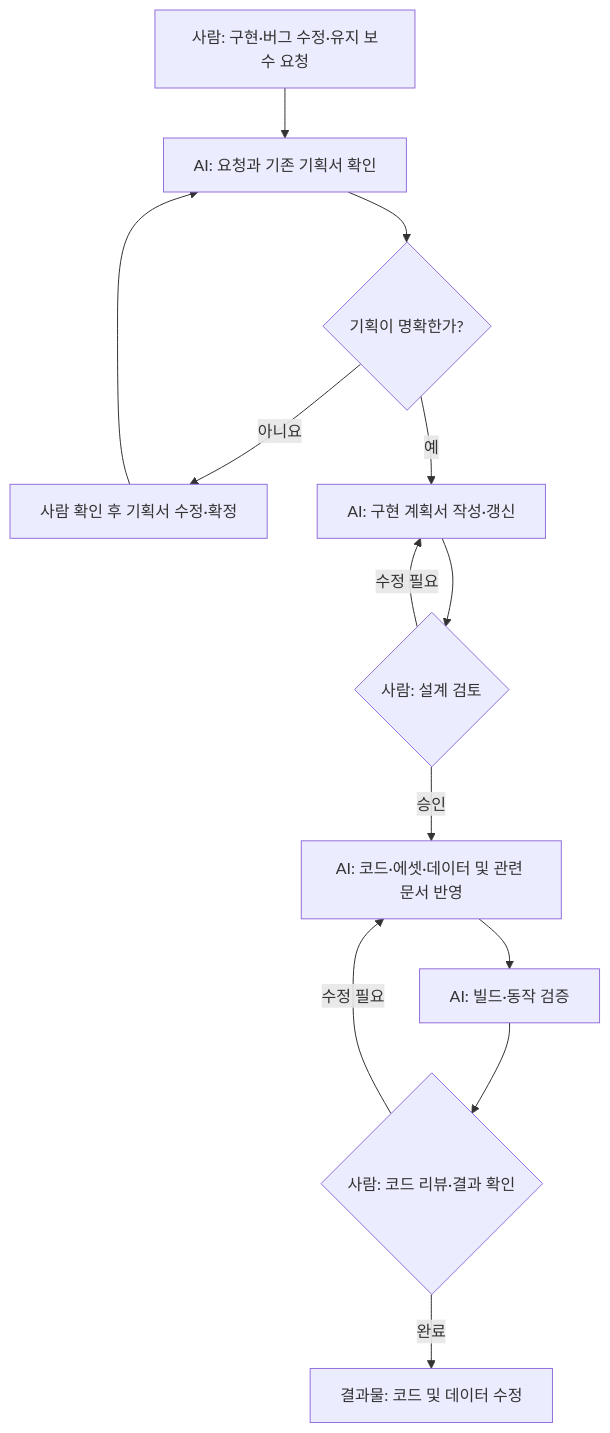
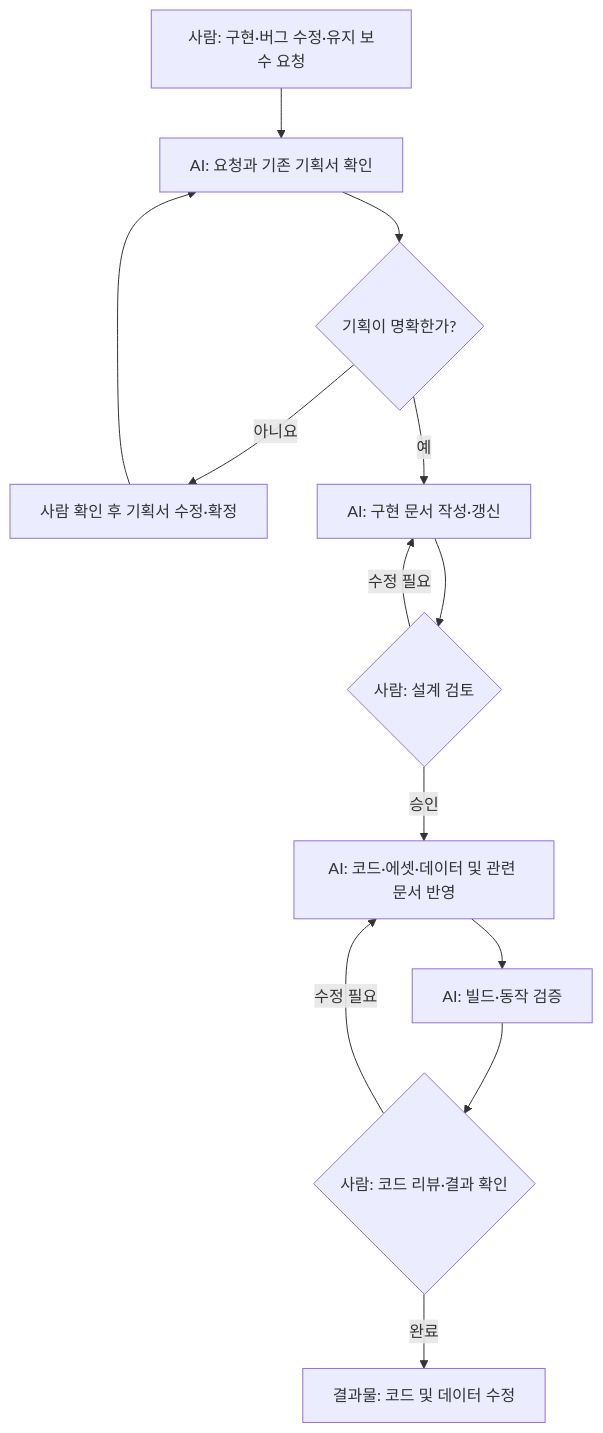
Before and after one commit to Woogl/Ag: the third of 4 diagrams in Docs/AI 워크플로우.md, drawn with Mermaid. The commit also changed other lines of this file and 2 other files, not shown here.

````diff
--- a/Docs/AI 워크플로우.md
+++ b/Docs/AI 워크플로우.md
@@ -62,15 +62,15 @@
 ```mermaid
 flowchart TD
     S["사람: 구현·버그 수정·유지 보수 요청"] --> A["AI: 요청과 기존 기획서 확인"]
     A --> B{"기획이 명확한가?"}
     B -->|아니요| C["사람 확인 후 기획서 수정·확정"]
     C --> A
-    B -->|예| D["AI: 구현 계획서 작성·갱신"]
+    B -->|예| D["AI: 구현 문서 작성·갱신"]
     D --> E{"사람: 설계 검토"}
     E -->|수정 필요| D
     E -->|승인| F["AI: 코드·에셋·데이터 및 관련 문서 반영"]
     F --> G["AI: 빌드·동작 검증"]
     G --> H{"사람: 코드 리뷰·결과 확인"}
     H -->|수정 필요| F
     H -->|완료| I["결과물: 코드 및 데이터 수정"]
 ```
````
